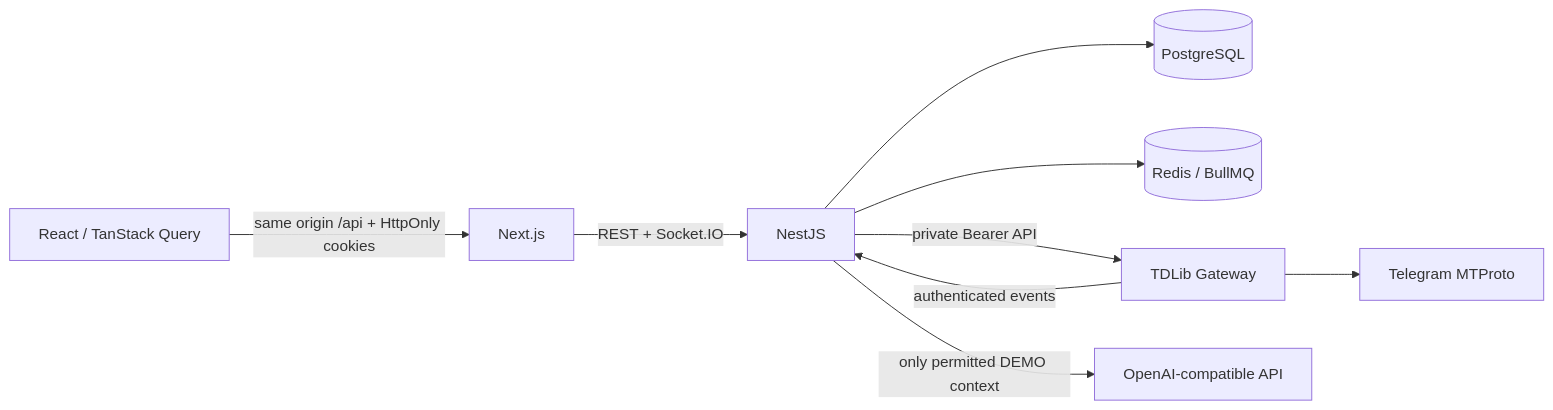
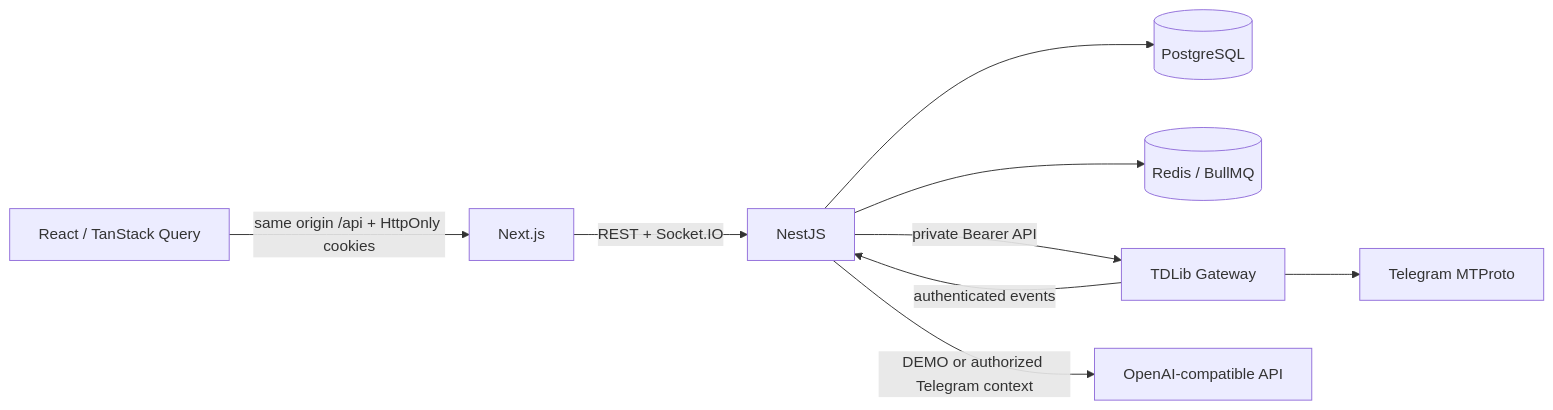
The diagram in ARCHITECTURE.md (dz1nker/seller_assistant), drawn with Mermaid before and after one commit. The commit also changed other lines of this file and 28 other files, not shown here.

````diff
--- a/ARCHITECTURE.md
+++ b/ARCHITECTURE.md
@@ -3,11 +3,11 @@
 ```mermaid
 flowchart LR
   Browser[React / TanStack Query] -->|same origin /api + HttpOnly cookies| Next[Next.js]
   Next -->|REST + Socket.IO| API[NestJS]
   API --> PG[(PostgreSQL)]
   API --> Redis[(Redis / BullMQ)]
   API -->|private Bearer API| Gateway[TDLib Gateway]
   Gateway --> Telegram[Telegram MTProto]
   Gateway -->|authenticated events| API
-  API -->|only permitted DEMO context| LLM[OpenAI-compatible API]
+  API -->|DEMO or authorized Telegram context| LLM[OpenAI-compatible API]
 ```
````
